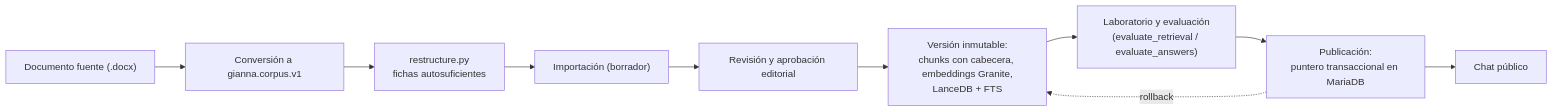
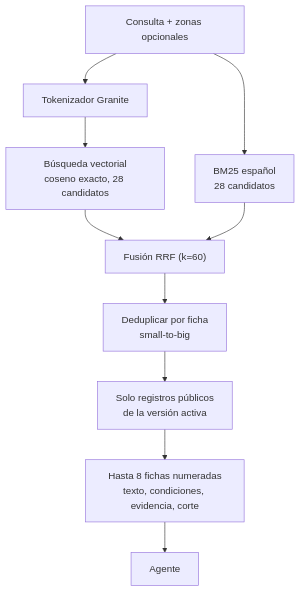
One commit to NebyX1/invest-lavalleja changed the fourth of 4 diagrams in backend/docs/RAG_ENGINE.md. Above: the diagram before and after it, drawn with Mermaid. The commit also changed other lines of this file and 13 other files, not shown here.

First line of the commit message:
docs: actualizar modelos, arquitectura y diagramas al estado real

````diff
--- a/backend/docs/RAG_ENGINE.md
+++ b/backend/docs/RAG_ENGINE.md
@@ -106,12 +185,12 @@
 ```mermaid
-flowchart LR
-    DOCX["Documento fuente (.docx)"] --> CONV["Conversión a gianna.corpus.v1"]
-    CONV --> RESTR["restructure.py<br/>fichas autosuficientes"]
-    RESTR --> IMP["Importación (borrador)"]
-    IMP --> REV["Revisión y aprobación editorial"]
-    REV --> BUILD["Versión inmutable:<br/>chunks con cabecera, embeddings Granite,<br/>LanceDB + FTS"]
-    BUILD --> LAB["Laboratorio y evaluación<br/>(evaluate_retrieval / evaluate_answers)"]
-    LAB --> PUBL["Publicación:<br/>puntero transaccional en MariaDB"]
-    PUBL --> CHAT["Chat público"]
-    PUBL -.->|rollback| BUILD
+flowchart TB
+    Q["Consulta + zonas opcionales"] --> TOK["Tokenizador Granite"]
+    TOK --> DENSE["Búsqueda vectorial<br/>coseno exacto, 28 candidatos"]
+    Q --> FTS["BM25 español<br/>28 candidatos"]
+    DENSE --> RRF["Fusión RRF (k=60)"]
+    FTS --> RRF
+    RRF --> DEDUP["Deduplicar por ficha<br/>small-to-big"]
+    DEDUP --> FILTER["Solo registros públicos<br/>de la versión activa"]
+    FILTER --> CARDS["Hasta 8 fichas numeradas<br/>texto, condiciones, evidencia, corte"]
+    CARDS --> AGENT["Agente"]
 ```
````
